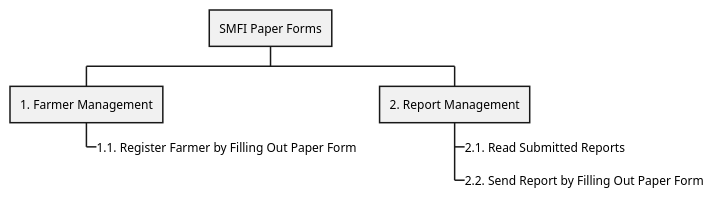
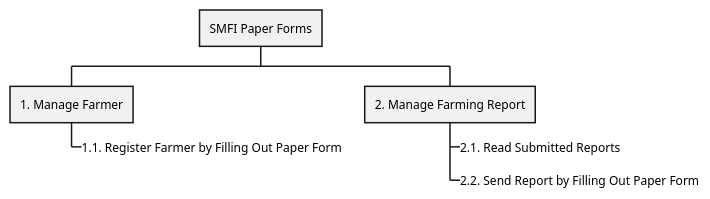
One commit to radical-doubting/anikultura-diagrams changed the diagram in plantuml/current/fdd.wsd. Above: the diagram before and after it, drawn with PlantUML.

Commit message:
Cleaned up current system FDD

```diff
--- a/plantuml/current/fdd.wsd
+++ b/plantuml/current/fdd.wsd
@@ -1,12 +1,12 @@
 @startwbs
 
 * SMFI Paper Forms
 
-** 1. Farmer Management
+** 1. Manage Farmer
 ***_ 1.1. Register Farmer by Filling Out Paper Form
 
-** 2. Report Management
+** 2. Manage Farming Report
 ***_ 2.1. Read Submitted Reports
 ***_ 2.2. Send Report by Filling Out Paper Form
 
 @endwbs
```
